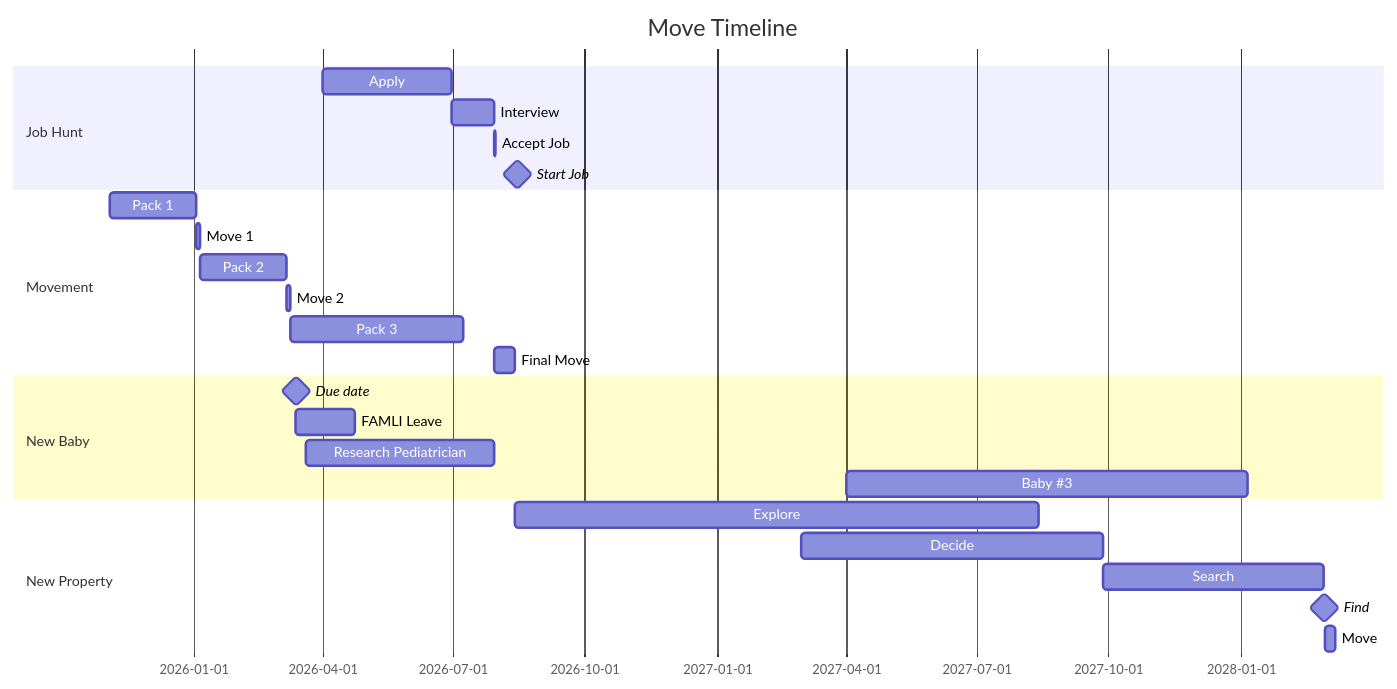
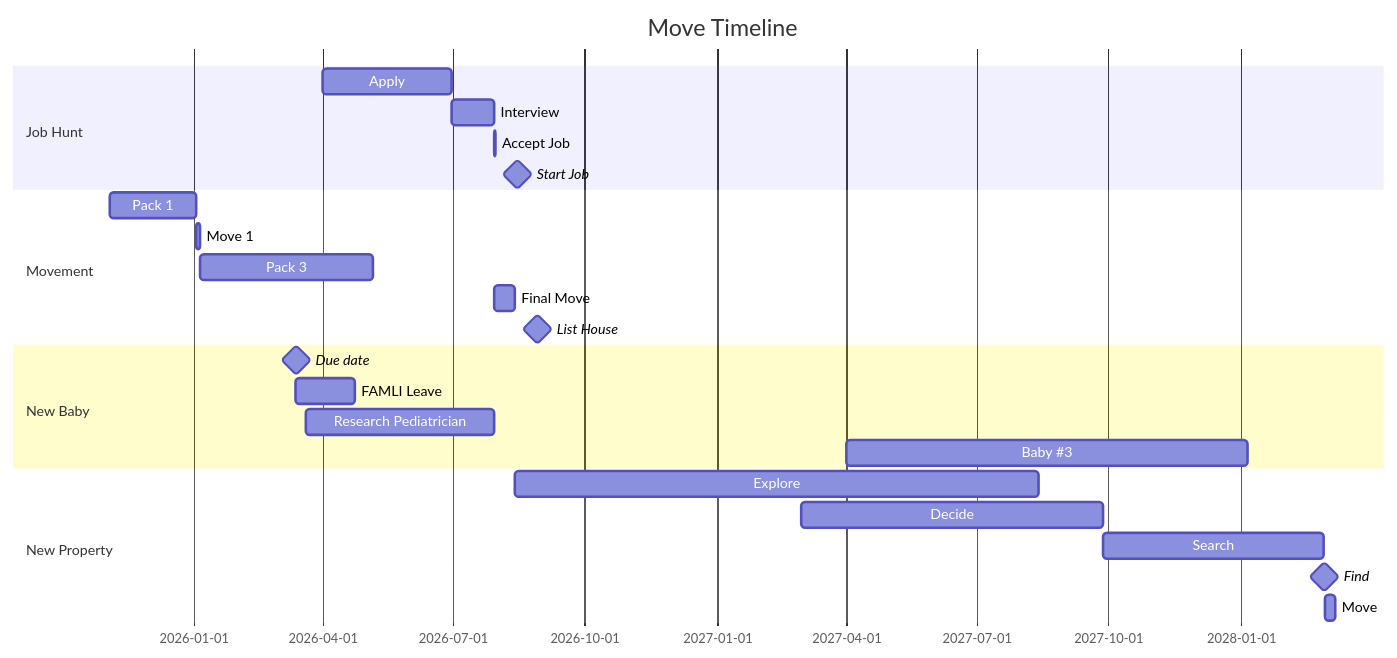
The diagram in brainstorm.md (lfulmer35/ArkansasPlanning), drawn with Mermaid before and after one commit.

Commit message:
Try to update the chart.

````diff
--- a/brainstorm.md
+++ b/brainstorm.md
@@ -304,29 +304,28 @@
 ```mermaid
 gantt
 title Move Timeline
     dateFormat YYYY-MM-DD
     tickInterval 3month
     section Job Hunt
         Apply       : ap1, 2026-04-01, 90d
         Interview   : ap2, after ap1, 30d 
         Accept Job  : after ap2, 1d
         Start Job   :milestone, 2026-08-30
     section Movement
         Pack 1      :p1, 2025-11-4, 60d
         Move 1      :m1, after p1, 3d 
-        Pack 2      :p2, after m1, 60d
-        Move 2      :m2, after p2, 3d 
-        Pack 3      :p3, after m2, 120d
+        Pack 3      :p2, after m1, 120d
         Final Move  : m3, after ap2, 14d
+        List House  :milestone, after ap2, 60d
     section New Baby
         Due date    :milestone, 2026-03-13, 1d
         FAMLI Leave :bb1, 2026-03-13, 6w
         Research Pediatrician : 2026-3-21, until m3
         Baby #3     :bb2, 2027-04-01, 40w
     section New Property
         Explore    :after m3, 1y
         Decide     :d1, 2027-03-01, 30w
         Search     :finSearch, after d1, 22w
         Find       :milestone, 1d
         Move       : 7d
 ```
````
